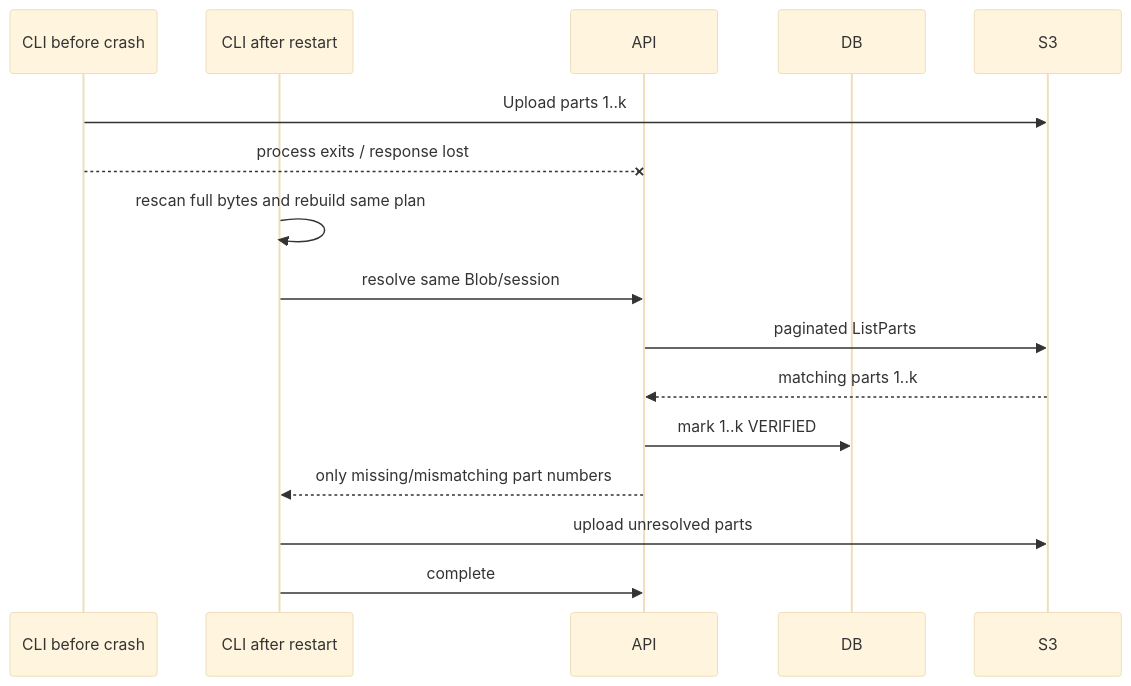
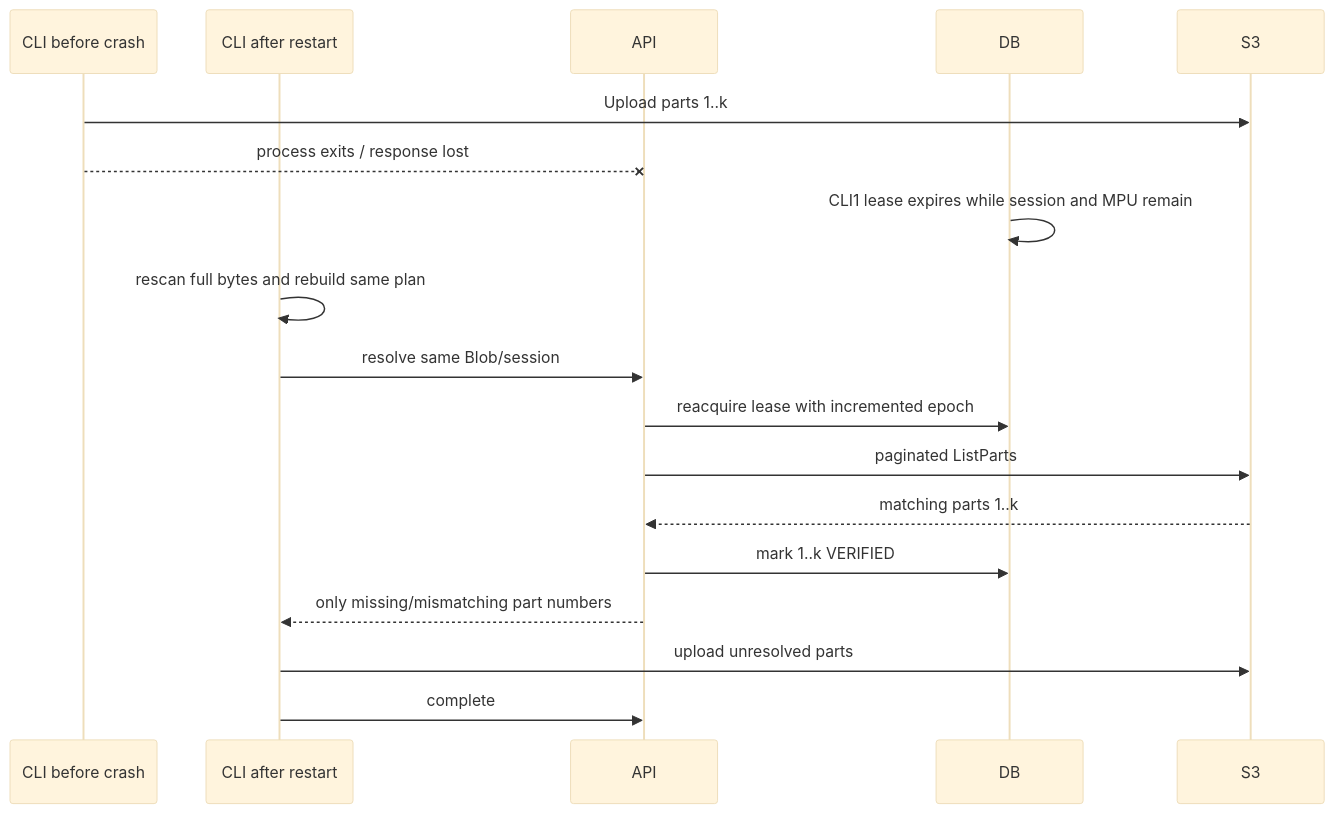
One commit to zbnerd/RoboLake changed the third of 9 diagrams in docs/M2_MULTIPART_ARCHITECTURE.md. Above: the diagram before and after it, drawn with Mermaid (base theme). The commit also changed other lines of this file and 19 other files, not shown here.

````diff
--- a/docs/M2_MULTIPART_ARCHITECTURE.md
+++ b/docs/M2_MULTIPART_ARCHITECTURE.md
@@ -230,18 +261,20 @@
 ```mermaid
 sequenceDiagram
     participant CLI1 as CLI before crash
     participant CLI2 as CLI after restart
     participant API
     participant DB
     participant S3
     CLI1->>S3: Upload parts 1..k
     CLI1--xAPI: process exits / response lost
+    DB->>DB: CLI1 lease expires while session and MPU remain
     CLI2->>CLI2: rescan full bytes and rebuild same plan
     CLI2->>API: resolve same Blob/session
+    API->>DB: reacquire lease with incremented epoch
     API->>S3: paginated ListParts
     S3-->>API: matching parts 1..k
     API->>DB: mark 1..k VERIFIED
     API-->>CLI2: only missing/mismatching part numbers
     CLI2->>S3: upload unresolved parts
     CLI2->>API: complete
 ```
````
